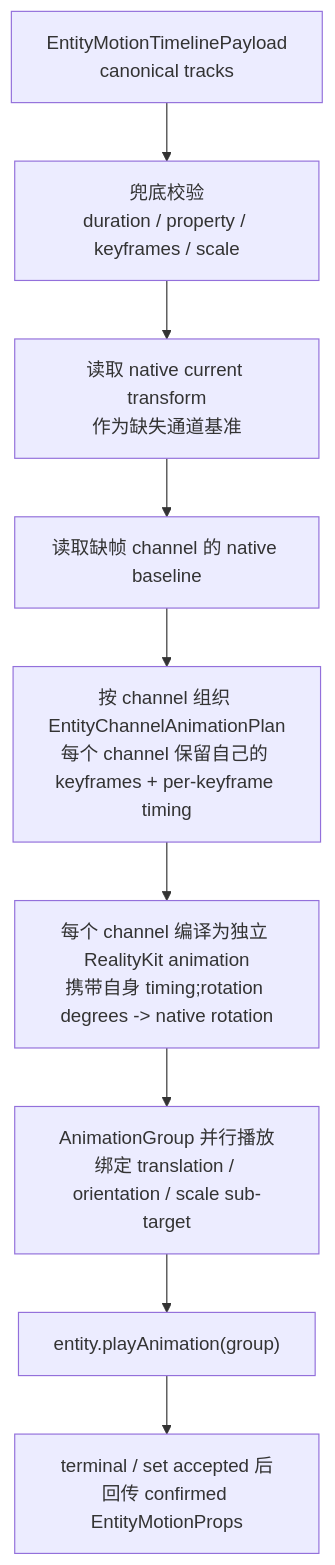
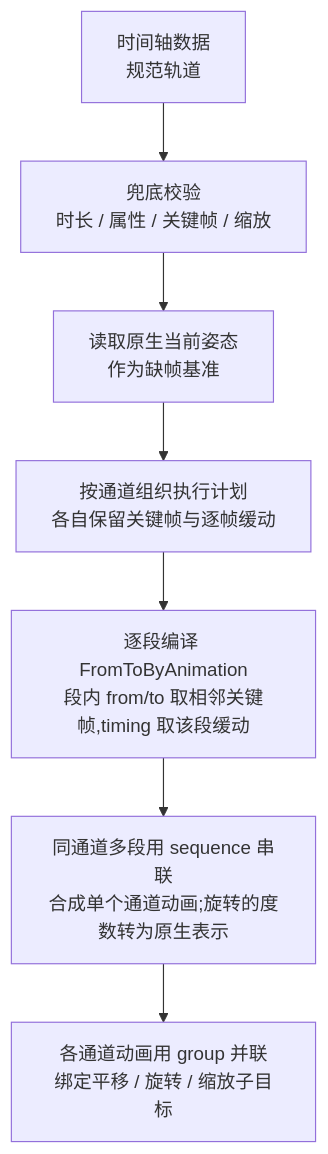
One commit to webspatial/webspatial-sdk changed the fourth of 11 diagrams in openspec/changes/redesign-entity-motion-api/design.zh.md. Above: the diagram before and after it, drawn with Mermaid. The commit also changed other lines of this file and 7 other files, not shown here.

````diff
--- a/openspec/changes/redesign-entity-motion-api/design.zh.md
+++ b/openspec/changes/redesign-entity-motion-api/design.zh.md
@@ -410,21 +475,17 @@
 ```mermaid
 flowchart TB
-    Payload["EntityMotionTimelinePayload<br/>canonical tracks"]
-    Validate["兜底校验<br/>duration / property / keyframes / scale"]
-    Snapshot["读取 native current transform<br/>作为缺失通道基准"]
-    Baseline["读取缺帧 channel 的 native baseline"]
-    Channels["按 channel 组织 EntityChannelAnimationPlan<br/>每个 channel 保留自己的 keyframes + per-keyframe timing"]
-    RKCompile["每个 channel 编译为独立 RealityKit animation<br/>携带自身 timing;rotation degrees -> native rotation"]
-    Group["AnimationGroup 并行播放<br/>绑定 translation / orientation / scale sub-target"]
-    Play["entity.playAnimation(group)"]
-    Confirm["terminal / set accepted 后<br/>回传 confirmed EntityMotionProps"]
+    Payload["时间轴数据<br/>规范轨道"]
+    Validate["兜底校验<br/>时长 / 属性 / 关键帧 / 缩放"]
+    Snapshot["读取原生当前姿态<br/>作为缺帧基准"]
+    Channels["按通道组织执行计划<br/>各自保留关键帧与逐帧缓动"]
+    Segment["逐段编译 FromToByAnimation<br/>段内 from/to 取相邻关键帧,timing 取该段缓动"]
+    Seq["同通道多段用 sequence 串联<br/>合成单个通道动画;旋转的度数转为原生表示"]
+    Group["各通道动画用 group 并联<br/>绑定平移 / 旋转 / 缩放子目标"]
 
     Payload --> Validate
     Validate --> Snapshot
-    Snapshot --> Baseline
-    Baseline --> Channels
-    Channels --> RKCompile
-    RKCompile --> Group
-    Group --> Play
-    Play --> Confirm
+    Snapshot --> Channels
+    Channels --> Segment
+    Segment --> Seq
+    Seq --> Group
 ```
````
